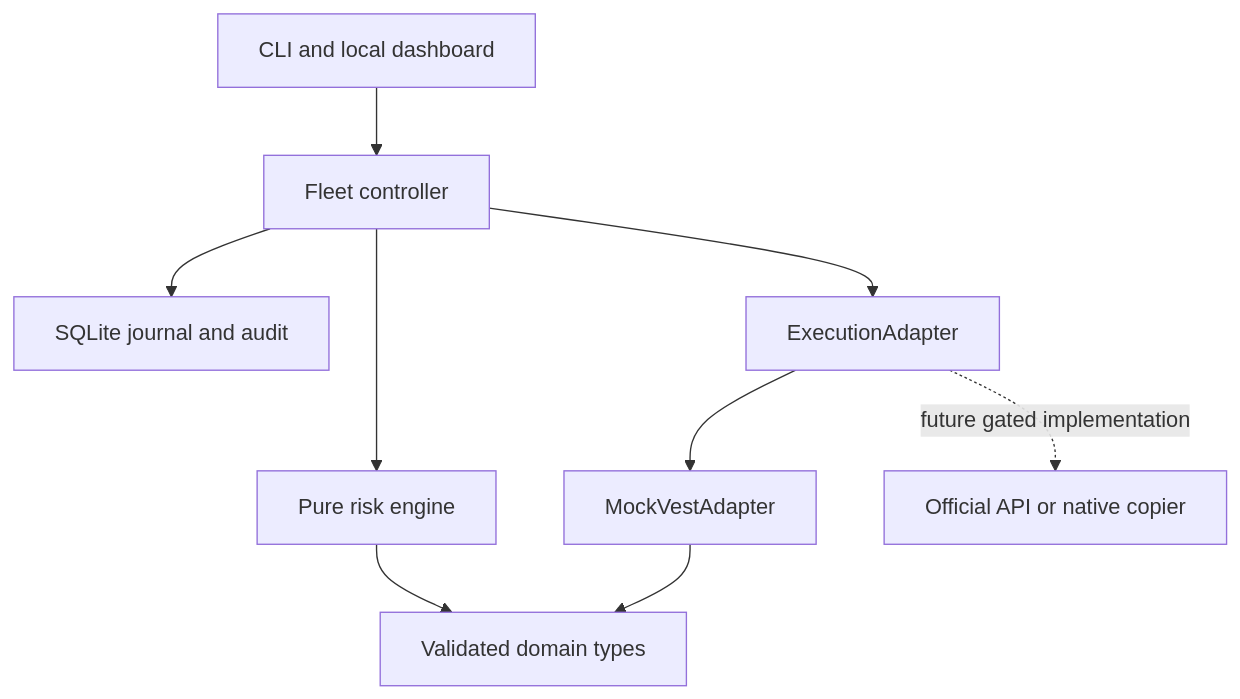
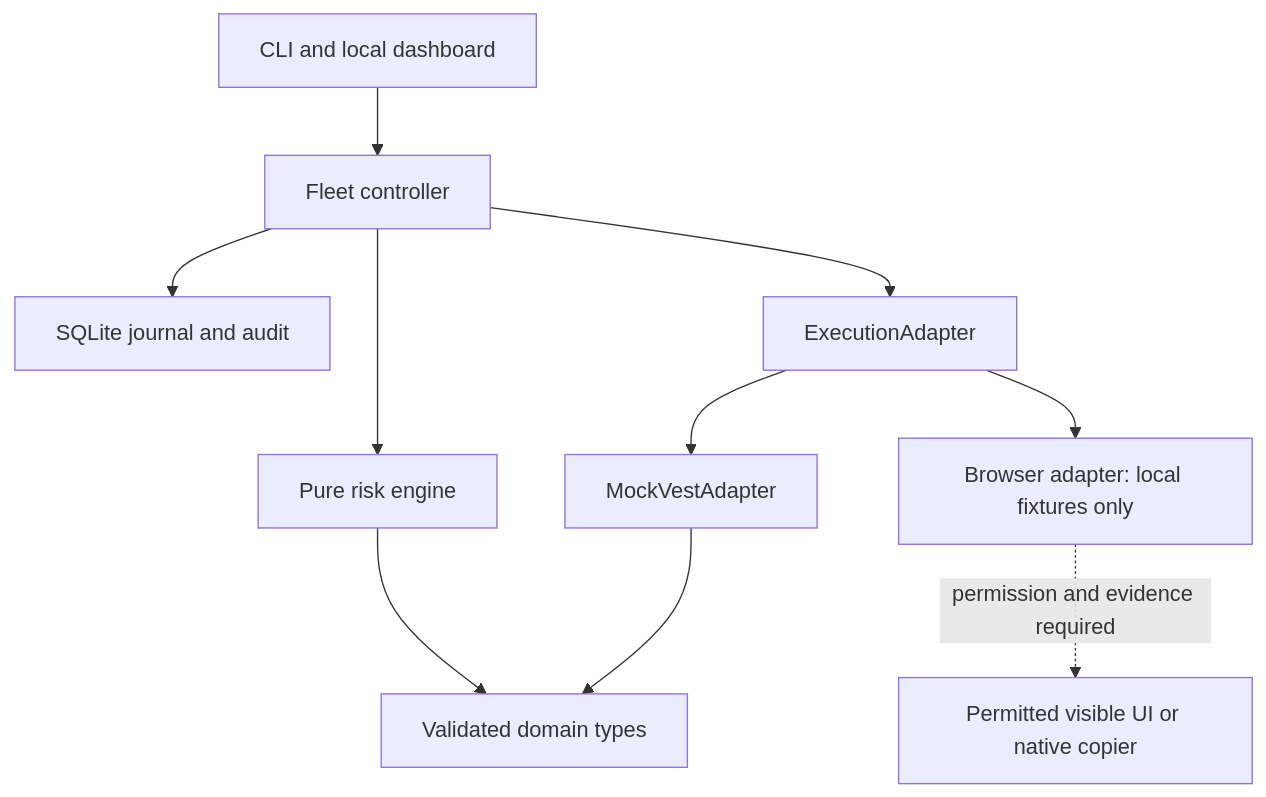
Before and after one commit to Mahdi451/vest-fleet-controller: the diagram in docs/architecture.md, drawn with Mermaid. The commit also changed other lines of this file and 17 other files, not shown here.

First line of the commit message:
feat: investigate permitted browser execution with isolated fixtures

````diff
--- a/docs/architecture.md
+++ b/docs/architecture.md
@@ -10,11 +10,12 @@
 ```mermaid
 flowchart TD
   UI[CLI and local dashboard] --> Fleet[Fleet controller]
   Fleet --> Risk[Pure risk engine]
   Risk --> Domain[Validated domain types]
   Fleet --> Journal[SQLite journal and audit]
   Fleet --> Port[ExecutionAdapter]
   Port --> Mock[MockVestAdapter]
-  Port -. future gated implementation .-> Official[Official API or native copier]
+  Port --> Browser[Browser adapter: local fixtures only]
+  Browser -. permission and evidence required .-> UIPath[Permitted visible UI or native copier]
   Mock --> Domain
 ```
````
